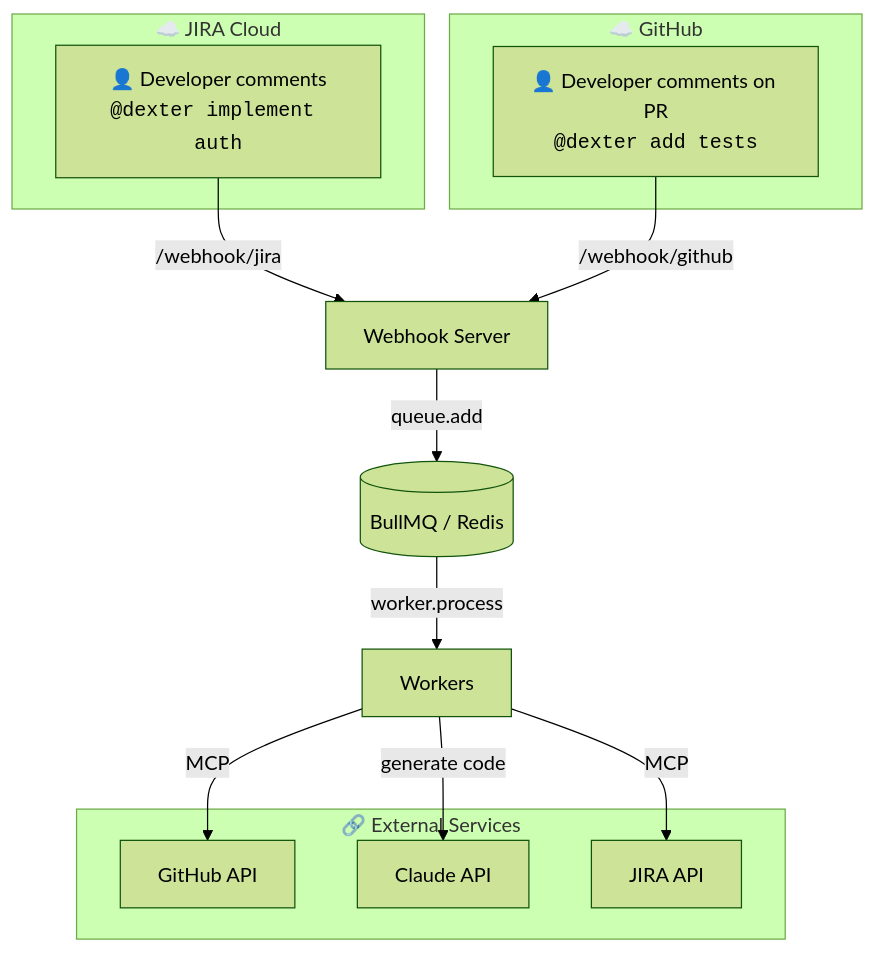
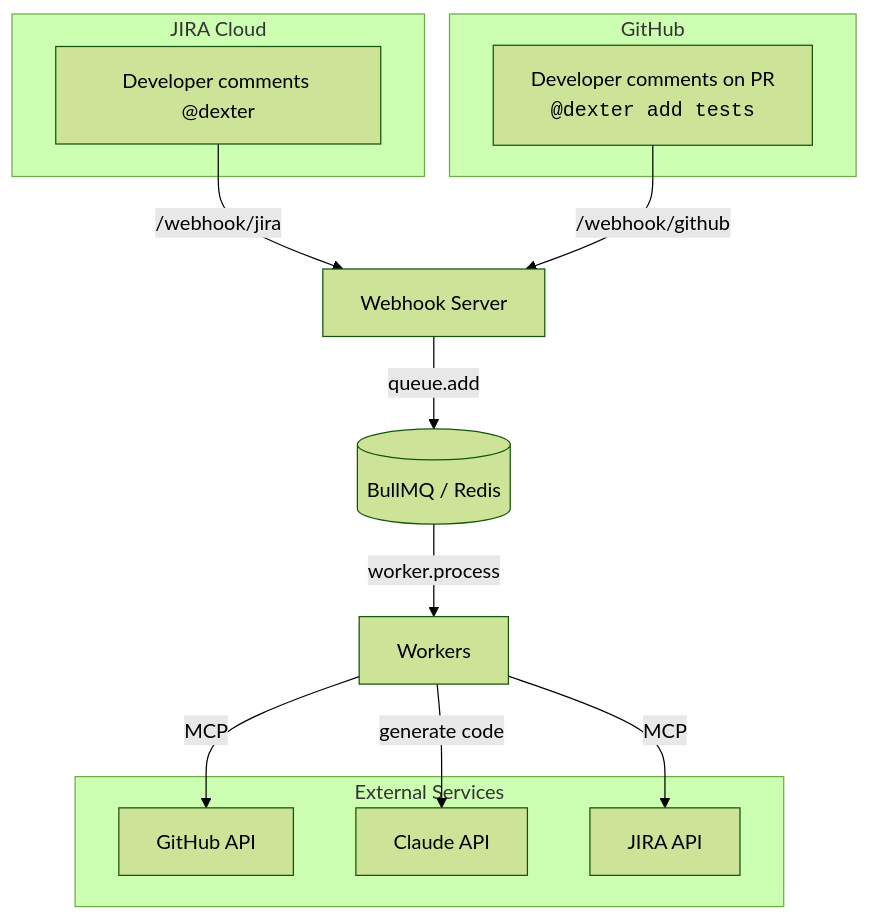
One commit to mappedin-dev/dexter changed the first of 5 diagrams in docs/architecture.md. Above: the diagram before and after it, drawn with Mermaid (forest theme). The commit also changed 16 other files, not shown here.

````diff
--- a/docs/architecture.md
+++ b/docs/architecture.md
@@ -12,28 +12,29 @@
 ```mermaid
 flowchart TD
-    subgraph JIRA["☁️ JIRA Cloud"]
-        A[👤 Developer comments<br/><code>@dexter implement auth</code>]
-    end
-
-    subgraph GitHub["☁️ GitHub"]
-        G[👤 Developer comments on PR<br/><code>@dexter add tests</code>]
+    subgraph JIRA["JIRA Cloud"]
+        A["Developer comments @dexter"]
     end
 
     B[Webhook Server]
+
+    subgraph GitHub["GitHub"]
+        G[Developer comments on PR<br/><code>@dexter add tests</code>]
+    end
+
     C[("BullMQ / Redis")]
     D[Workers]
 
-    subgraph External["🔗 External Services"]
+    subgraph External["External Services"]
         H[GitHub API]
         I[Claude API]
         J[JIRA API]
     end
 
     A -->|/webhook/jira| B
     G -->|/webhook/github| B
     B -->|queue.add| C
     C -->|worker.process| D
     D -->|MCP| J
     D -->|MCP| H
     D -->|generate code| I
 ```
````
